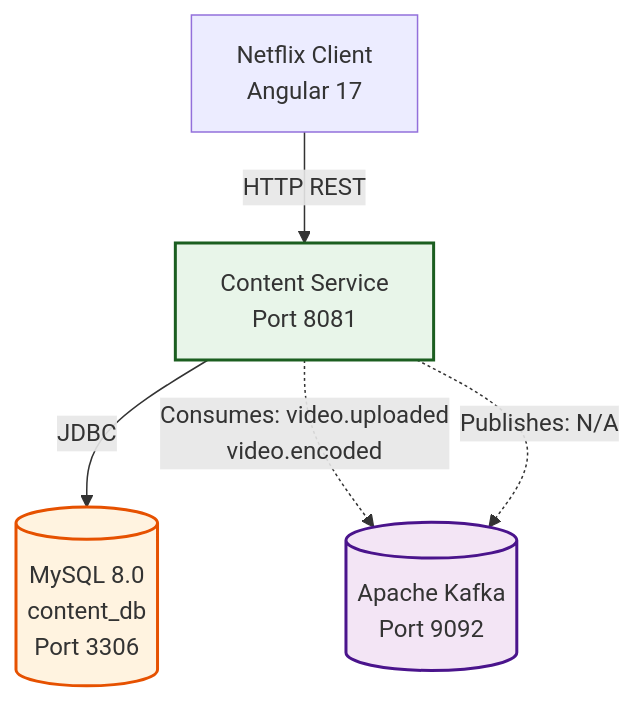
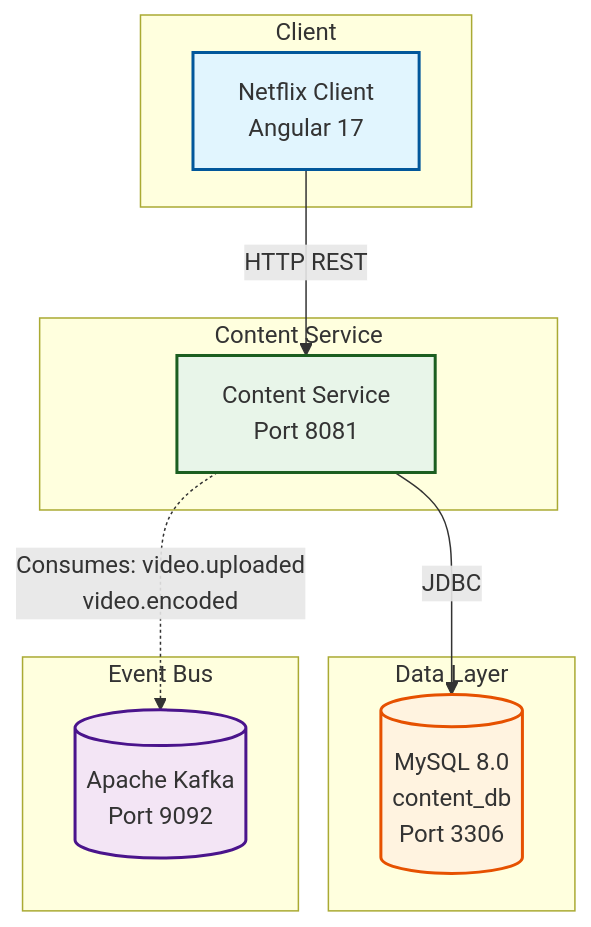
One commit to PagarciaSima/Netflix-Streaming-Spring-Boot-Micro-services changed the diagram in content-service/README.md. Above: the diagram before and after it, drawn with Mermaid. The commit also changed other lines of this file and 5 other files, not shown here.

````diff
--- a/content-service/README.md
+++ b/content-service/README.md
@@ -24,15 +24,32 @@
 ```mermaid
 graph TB
-    Client[Netflix Client<br/>Angular 17] -->|HTTP REST| CS[Content Service<br/>Port 8081]
-    CS -->|JDBC| MYSQL[(MySQL 8.0<br/>content_db<br/>Port 3306)]
-    CS -.->|Consumes: video.uploaded<br/>video.encoded| KAFKA[(Apache Kafka<br/>Port 9092)]
-    CS -.->|Publishes: N/A| KAFKA
-    
+    subgraph Client
+        NG[Netflix Client<br/>Angular 17]
+    end
+
+    subgraph Content_Service[Content Service]
+        CS[Content Service<br/>Port 8081]
+    end
+
+    subgraph Data_Layer[Data Layer]
+        MYSQL[(MySQL 8.0<br/>content_db<br/>Port 3306)]
+    end
+
+    subgraph Event_Bus[Event Bus]
+        KAFKA[(Apache Kafka<br/>Port 9092)]
+    end
+
+    NG -->|HTTP REST| CS
+    CS -->|JDBC| MYSQL
+    CS -.->|Consumes: video.uploaded<br/>video.encoded| KAFKA
+
+    classDef client fill:#e1f5fe,stroke:#01579b,stroke-width:2px
     classDef service fill:#e8f5e9,stroke:#1b5e20,stroke-width:2px
     classDef data fill:#fff3e0,stroke:#e65100,stroke-width:2px
     classDef messaging fill:#f3e5f5,stroke:#4a148c,stroke-width:2px
-    
+
+    class NG client
     class CS service
     class MYSQL data
     class KAFKA messaging
 ```
````
